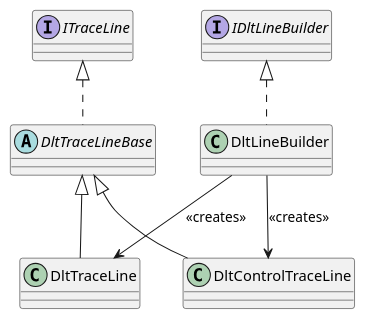
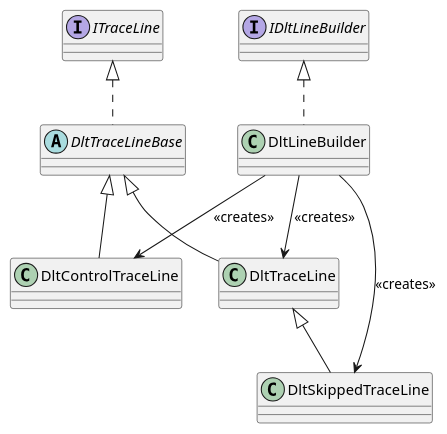
One commit to jcurl/RJCP.DLL.Log changed the diagram in TraceReader.Dlt/docs/diagrams/DLT.TraceLine.plantuml. Above: the diagram before and after it, drawn with PlantUML. The commit also changed 9 other files, not shown here.

First line of the commit message:
DLT: Provide a dedicated skipped line

```diff
--- a/TraceReader.Dlt/docs/diagrams/DLT.TraceLine.plantuml
+++ b/TraceReader.Dlt/docs/diagrams/DLT.TraceLine.plantuml
@@ -1,17 +1,21 @@
 @startuml DLT.TraceLine
 interface ITraceLine
 abstract class DltTraceLineBase
 class DltTraceLine
 class DltControlTraceLine
 
 ITraceLine <|.. DltTraceLineBase
 DltTraceLineBase <|-- DltTraceLine
 DltTraceLineBase <|-- DltControlTraceLine
 
 interface IDltLineBuilder
 class DltLineBuilder
 
+class DltSkippedTraceLine
+DltTraceLine <|-- DltSkippedTraceLine
+
 IDltLineBuilder <|.. DltLineBuilder
 DltLineBuilder --> DltTraceLine : <<creates>>
 DltLineBuilder --> DltControlTraceLine : <<creates>>
+DltLineBuilder --> DltSkippedTraceLine : <<creates>>
 @enduml
```
